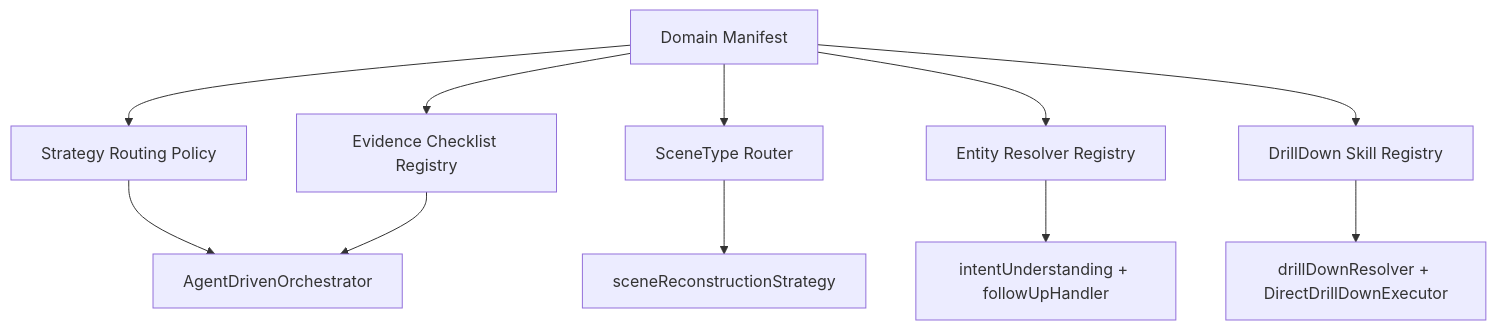
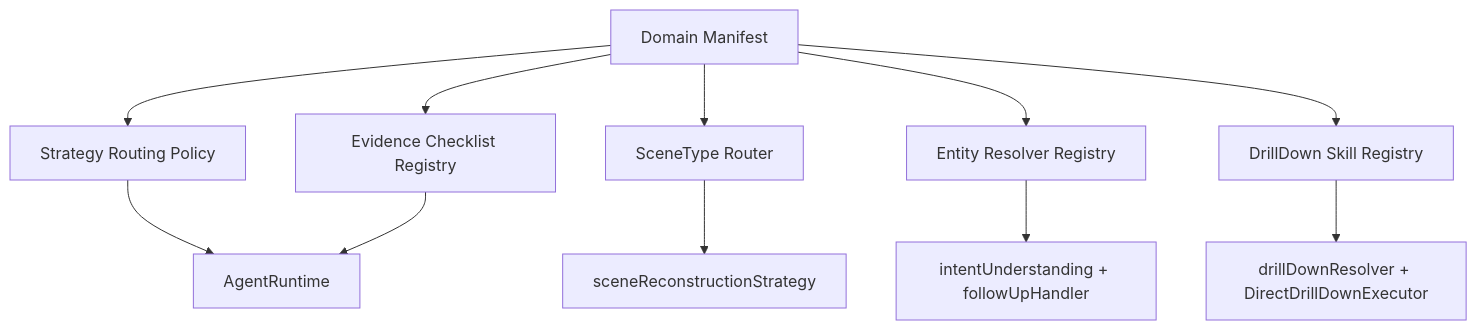
The diagram in docs/architecture-analysis/07-domain-extensibility-refactor.md (yuchuangu85/SmartPerfetto), drawn with Mermaid before and after one commit. The commit also changed 144 other files, not shown here.

Commit message:
feat(agent): migrate to AgentRuntime and expand analysis coverage

````diff
--- a/docs/architecture-analysis/07-domain-extensibility-refactor.md
+++ b/docs/architecture-analysis/07-domain-extensibility-refactor.md
@@ -33,14 +33,14 @@
 ```mermaid
 flowchart TD
   A[Domain Manifest] --> B[Strategy Routing Policy]
   A --> C[SceneType Router]
   A --> D[Entity Resolver Registry]
   A --> E[DrillDown Skill Registry]
   A --> F[Evidence Checklist Registry]
 
-  B --> G[AgentDrivenOrchestrator]
+B --> G[AgentRuntime]
   C --> H[sceneReconstructionStrategy]
   D --> I[intentUnderstanding + followUpHandler]
   E --> J[drillDownResolver + DirectDrillDownExecutor]
   F --> G
 ```
````
